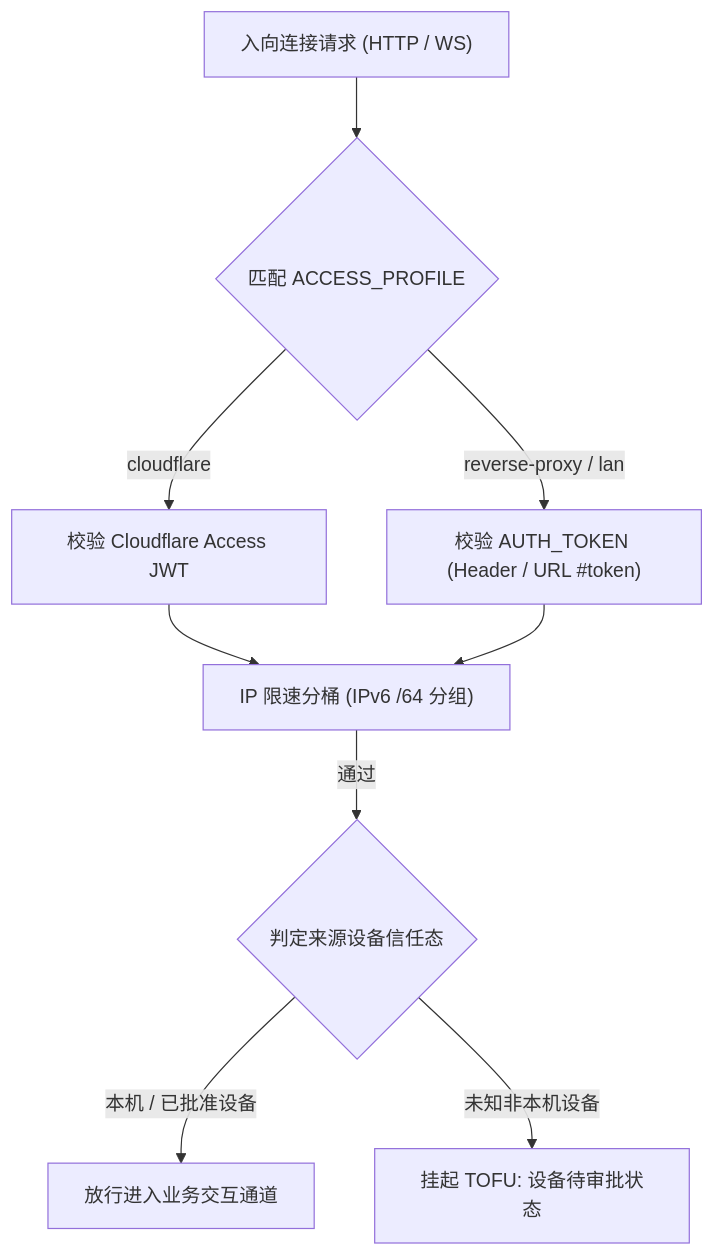
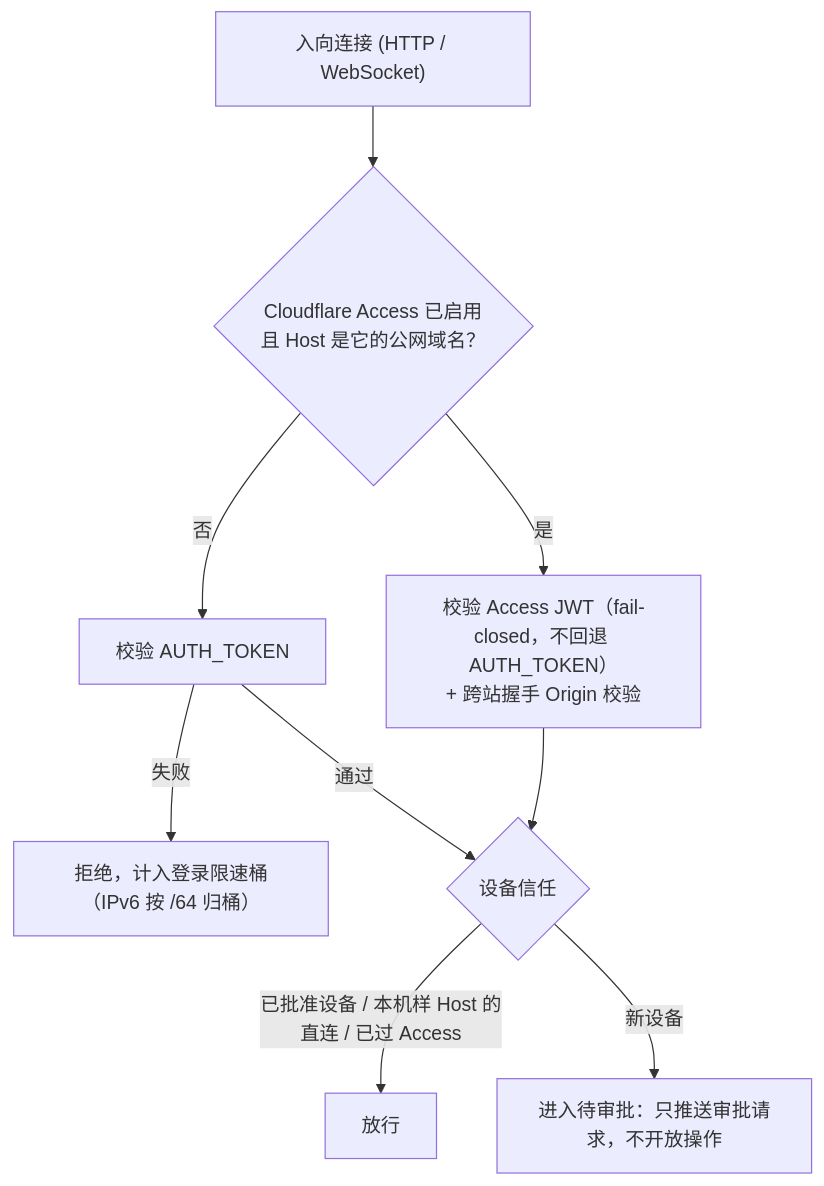
One commit to Ike-li/claude-chat-mobile changed the diagram in docs-site/pages/security-model.md. Above: the diagram before and after it, drawn with Mermaid. The commit also changed other lines of this file and 88 other files, not shown here.

````diff
--- a/docs-site/pages/security-model.md
+++ b/docs-site/pages/security-model.md
@@ -35,11 +29,11 @@
 ```mermaid
 flowchart TB
-  A["入向连接请求 (HTTP / WS)"] --> B{"匹配 ACCESS_PROFILE"}
-  B -->|cloudflare| C["校验 Cloudflare Access JWT"]
-  B -->|reverse-proxy / lan| D["校验 AUTH_TOKEN (Header / URL #token)"]
-  C --> E["IP 限速分桶 (IPv6 /64 分组)"]
-  D --> E
-  E -->|通过| F{"判定来源设备信任态"}
-  F -->|本机 / 已批准设备| G["放行进入业务交互通道"]
-  F -->|未知非本机设备| H["挂起 TOFU: 设备待审批状态"]
+  A["入向连接 (HTTP / WebSocket)"] --> B{"Cloudflare Access 已启用<br>且 Host 是它的公网域名？"}
+  B -->|"是"| C["校验 Access JWT（fail-closed，不回退 AUTH_TOKEN）<br>+ 跨站握手 Origin 校验"]
+  B -->|"否"| D["校验 AUTH_TOKEN"]
+  D -->|"失败"| R["拒绝，计入登录限速桶（IPv6 按 /64 归桶）"]
+  C --> E{"设备信任"}
+  D -->|"通过"| E
+  E -->|"已批准设备 / 本机样 Host 的直连 / 已过 Access"| G["放行"]
+  E -->|"新设备"| H["进入待审批：只推送审批请求，不开放操作"]
 ```
````
